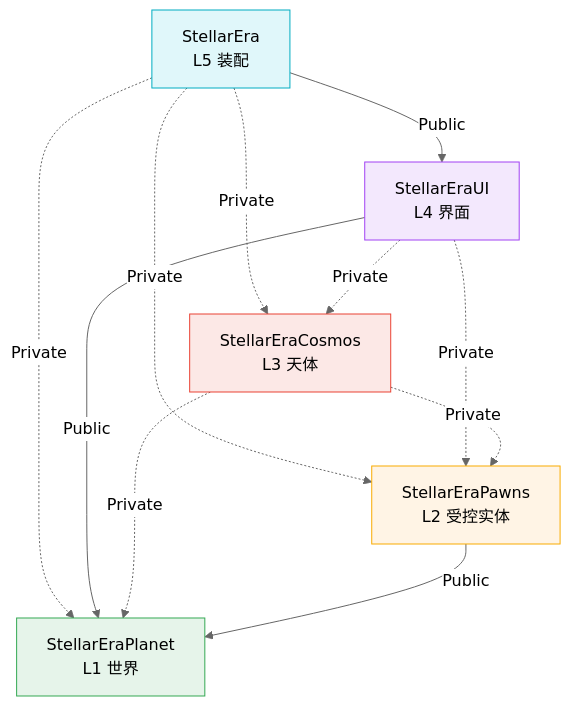
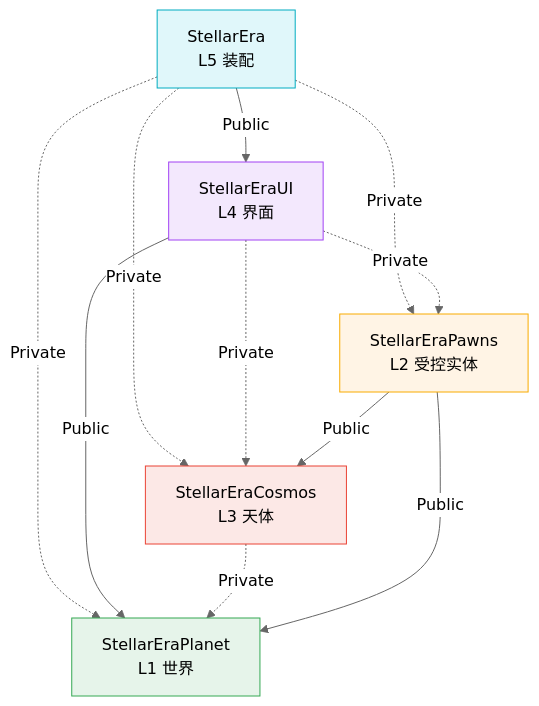
Before and after one commit to xiaobaibaix/StellarEra: the diagram in docs/ARCHITECTURE.md, drawn with Mermaid (neutral theme). The commit also changed other lines of this file and 3 other files, not shown here.

Commit message:
docs(架构): 同步输入组件与星图相机搬家后的模块归属

````diff
--- a/docs/ARCHITECTURE.md
+++ b/docs/ARCHITECTURE.md
@@ -41,25 +41,25 @@
 ```mermaid
 graph TD
     E["StellarEra<br/>L5 装配"]
     UI["StellarEraUI<br/>L4 界面"]
     C["StellarEraCosmos<br/>L3 天体"]
     P["StellarEraPawns<br/>L2 受控实体"]
     PL["StellarEraPlanet<br/>L1 世界"]
 
     E -->|Public| UI
     E -.->|Private| PL
     E -.->|Private| P
     E -.->|Private| C
     UI -->|Public| PL
     UI -.->|Private| C
     UI -.->|Private| P
-    C -.->|Private| P
     C -.->|Private| PL
+    P -->|Public| C
     P -->|Public| PL
 
     style PL fill:#e6f4ea,stroke:#34a853
     style P fill:#fff4e5,stroke:#f9ab00
     style C fill:#fce8e6,stroke:#ea4335
     style UI fill:#f3e8fd,stroke:#a142f4
     style E fill:#e0f7fa,stroke:#00acc1
 ```
````
